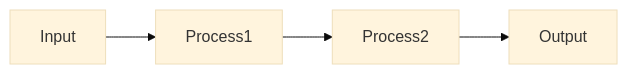
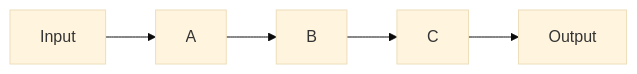
Before and after one commit to aiimoyu/hyper-designer: the diagram in src/builtin/skills/project-to-skill/references/Stage1-Overview.md, drawn with Mermaid (base theme). The commit also changed other lines of this file and 5 other files, not shown here.

````diff
--- a/src/builtin/skills/project-to-skill/references/Stage1-Overview.md
+++ b/src/builtin/skills/project-to-skill/references/Stage1-Overview.md
@@ -211,6 +312,4 @@
 ```mermaid
 graph LR
-    Input --> Process1
-    Process1 --> Process2
-    Process2 --> Output
+    Input --> A --> B --> C --> Output
 ```
````
